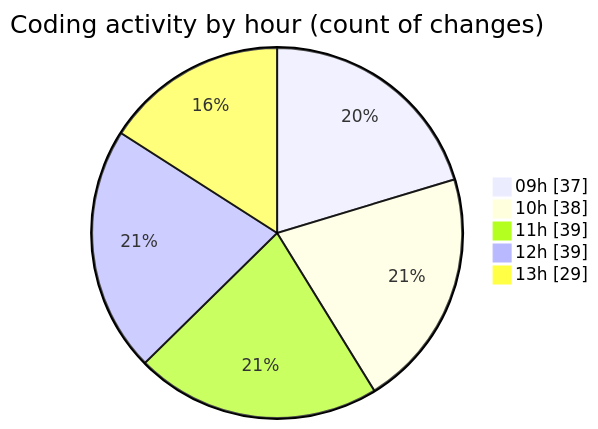
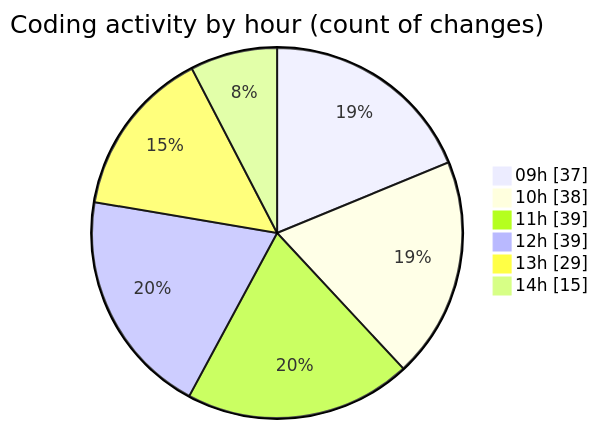
The second of 2 diagrams in 2025-02-12/cda/README.md (momahboobian/code-tracking), drawn with Mermaid before and after one commit. The commit also changed other lines of this file and 1 other file, not shown here.

````diff
--- a/2025-02-12/cda/README.md
+++ b/2025-02-12/cda/README.md
@@ -37,9 +37,10 @@
 ```mermaid
 pie showData
 title Coding activity by hour (count of changes)
 "09h" : 37
 "10h" : 38
 "11h" : 39
 "12h" : 39
 "13h" : 29
+"14h" : 15
 ```
````
